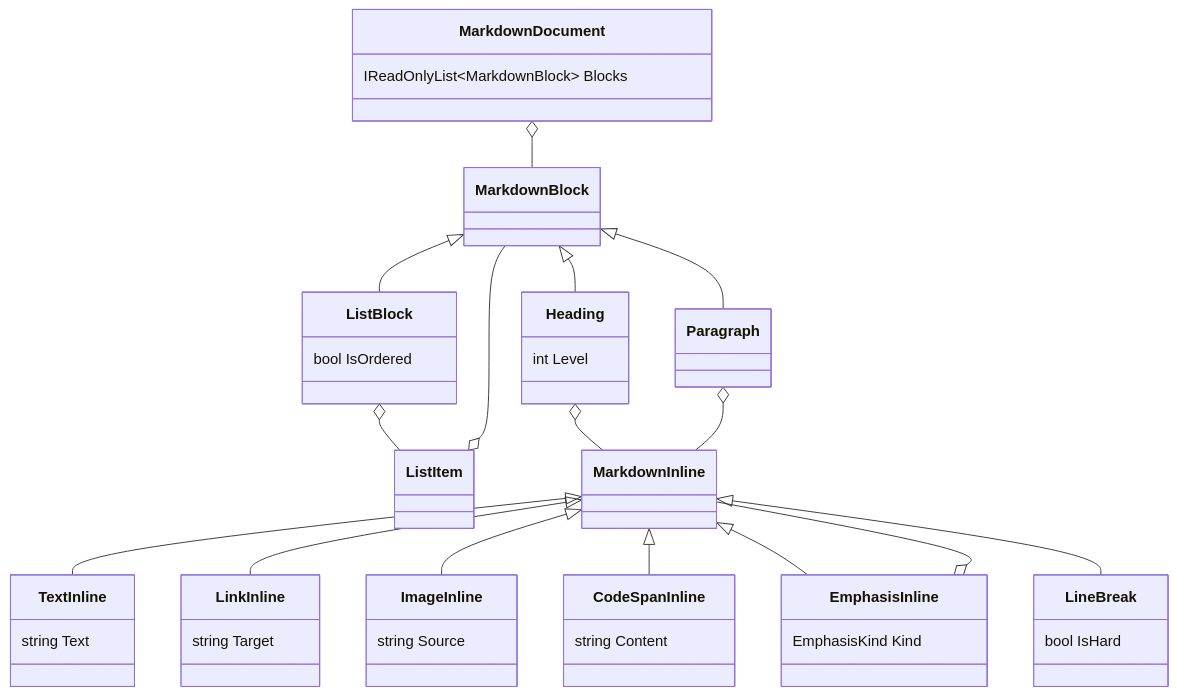
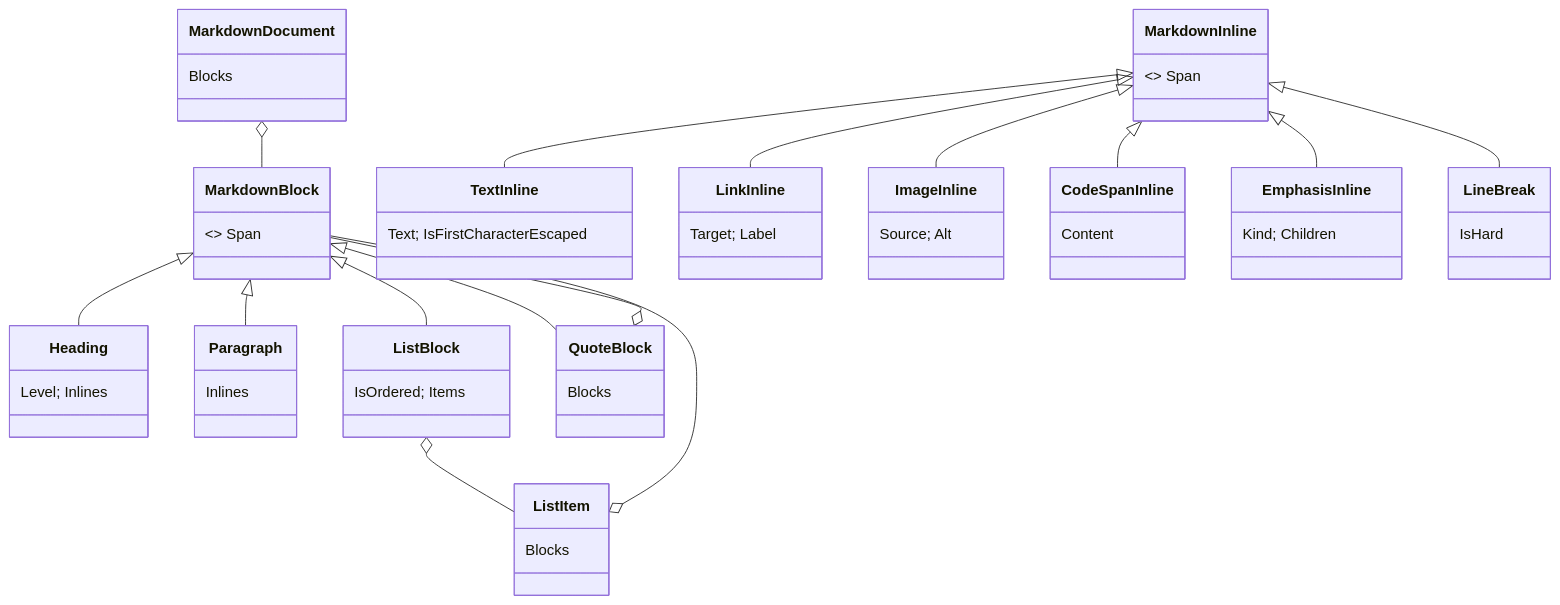
One commit to pengzhengyi/dialoguedown changed the diagram in docs/contributing/design-notes/core/Markdown Front-End.md. Above: the diagram before and after it, drawn with Mermaid. The commit also changed other lines of this file and 124 other files, not shown here.

````diff
--- a/docs/contributing/design-notes/core/Markdown Front-End.md
+++ b/docs/contributing/design-notes/core/Markdown Front-End.md
@@ -129,34 +46,32 @@
 ```mermaid
 classDiagram
-    class MarkdownDocument {
-        IReadOnlyList~MarkdownBlock~ Blocks
-    }
-    class MarkdownBlock
-    class Heading { int Level }
-    class Paragraph
-    class ListBlock { bool IsOrdered }
-    class ListItem
-    class MarkdownInline
-    class TextInline { string Text }
-    class LinkInline { string Target }
-    class ImageInline { string Source }
-    class CodeSpanInline { string Content }
-    class EmphasisInline { EmphasisKind Kind }
-    class LineBreak { bool IsHard }
+    class MarkdownDocument { Blocks }
+    class MarkdownBlock { <<abstract>> Span }
+    class Heading { Level; Inlines }
+    class Paragraph { Inlines }
+    class ListBlock { IsOrdered; Items }
+    class ListItem { Blocks }
+    class QuoteBlock { Blocks }
+    class MarkdownInline { <<abstract>> Span }
+    class TextInline { Text; IsFirstCharacterEscaped }
+    class LinkInline { Target; Label }
+    class ImageInline { Source; Alt }
+    class CodeSpanInline { Content }
+    class EmphasisInline { Kind; Children }
+    class LineBreak { IsHard }
 
     MarkdownDocument o-- MarkdownBlock
     MarkdownBlock <|-- Heading
     MarkdownBlock <|-- Paragraph
     MarkdownBlock <|-- ListBlock
+    MarkdownBlock <|-- QuoteBlock
     ListBlock o-- ListItem
     ListItem o-- MarkdownBlock
-    Heading o-- MarkdownInline
-    Paragraph o-- MarkdownInline
+    QuoteBlock o-- MarkdownBlock
     MarkdownInline <|-- TextInline
     MarkdownInline <|-- LinkInline
     MarkdownInline <|-- ImageInline
     MarkdownInline <|-- CodeSpanInline
     MarkdownInline <|-- EmphasisInline
     MarkdownInline <|-- LineBreak
-    EmphasisInline o-- MarkdownInline
 ```
````
